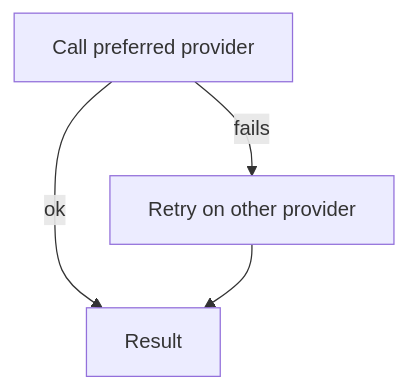
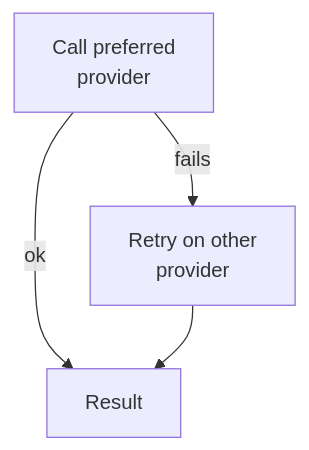
The fourth of 4 diagrams in README.md (dianakang/voc-intelligence-platform), drawn with Mermaid before and after one commit. The commit also changed other lines of this file, not shown here.

````diff
--- a/README.md
+++ b/README.md
@@ -186,5 +186,5 @@
 ```mermaid
 flowchart TD
-    A[Call preferred provider] -->|ok| R[Result]
-    A -->|fails| B[Retry on other provider] --> R
+    A["Call preferred<br/>provider"] -->|ok| R[Result]
+    A -->|fails| B["Retry on other<br/>provider"] --> R
 ```
````
